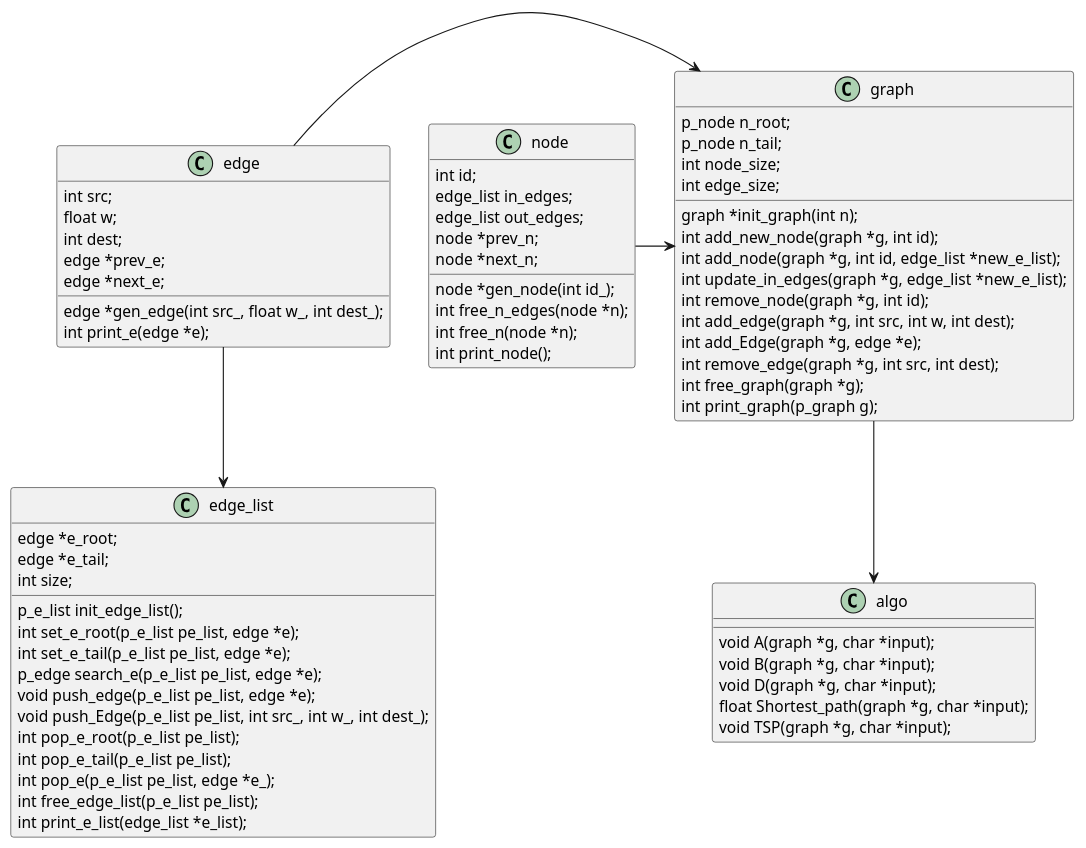
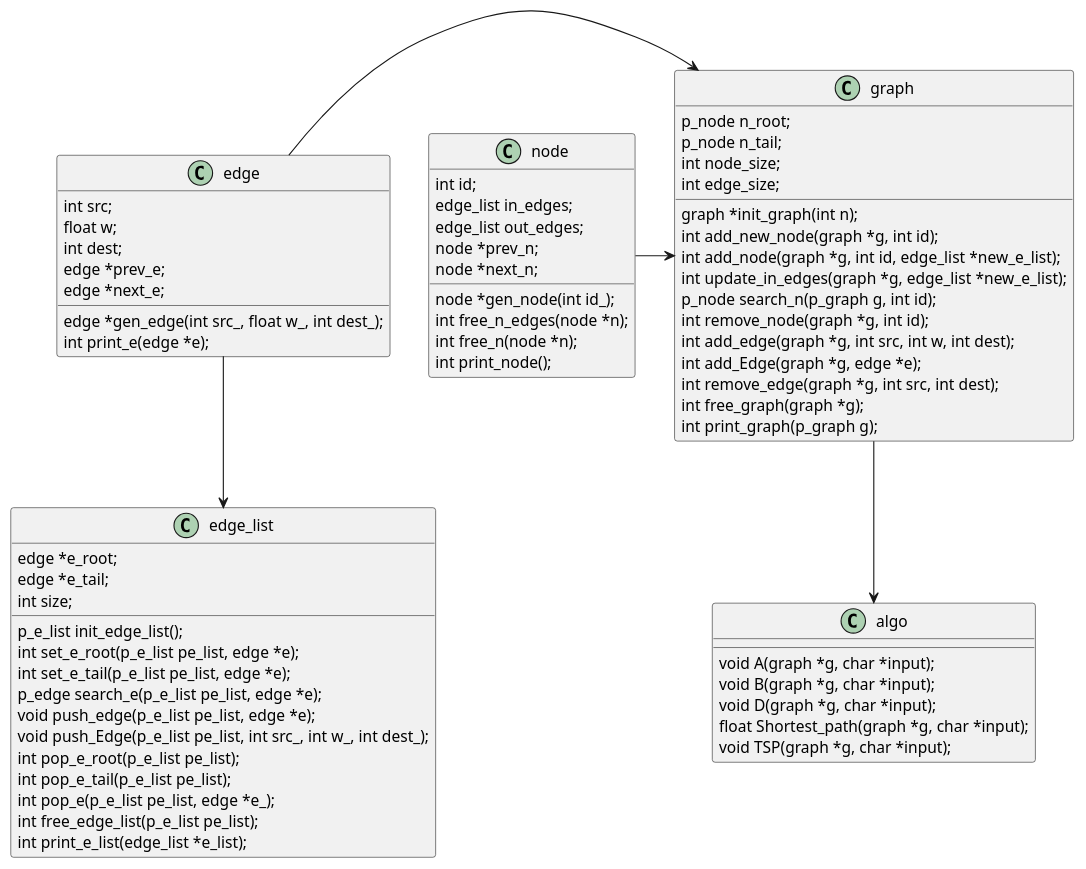
Before and after one commit to RF555/SofSys_Ex4: the diagram in Ex4_UML.puml, drawn with PlantUML. The commit also changed 5 other files, not shown here.

```diff
--- a/Ex4_UML.puml
+++ b/Ex4_UML.puml
@@ -1,92 +1,93 @@
 @startuml
 
 'graph -> edge_list
 'graph -> node_list
 'node_list --> node
 'edge_list --> edge
 'algo --> graph
 
 graph --> algo
 edge -> graph
 edge --> edge_list
 node -> graph
 
 
 class graph{
 p_node n_root;
 p_node n_tail;
 int node_size;
 int edge_size;
 graph *init_graph(int n);
 int add_new_node(graph *g, int id);
 int add_node(graph *g, int id, edge_list *new_e_list);
 int update_in_edges(graph *g, edge_list *new_e_list);
+p_node search_n(p_graph g, int id);
 int remove_node(graph *g, int id);
 int add_edge(graph *g, int src, int w, int dest);
 int add_Edge(graph *g, edge *e);
 int remove_edge(graph *g, int src, int dest);
 int free_graph(graph *g);
 int print_graph(p_graph g);
 }
 
 class edge{
 int src;
 float w;
 int dest;
 edge *prev_e;
 edge *next_e;
 edge *gen_edge(int src_, float w_, int dest_);
 int print_e(edge *e);
 }
 
 class node{
 int id;
 edge_list in_edges;
 edge_list out_edges;
 node *prev_n;
 node *next_n;
 node *gen_node(int id_);
 int free_n_edges(node *n);
 int free_n(node *n);
 int print_node();
 }
 
 class algo{
 void A(graph *g, char *input);
 void B(graph *g, char *input);
 void D(graph *g, char *input);
 float Shortest_path(graph *g, char *input);
 void TSP(graph *g, char *input);
 }
 
 class edge_list{
 edge *e_root;
 edge *e_tail;
 int size;
 p_e_list init_edge_list();
 int set_e_root(p_e_list pe_list, edge *e);
 int set_e_tail(p_e_list pe_list, edge *e);
 p_edge search_e(p_e_list pe_list, edge *e);
 void push_edge(p_e_list pe_list, edge *e);
 void push_Edge(p_e_list pe_list, int src_, int w_, int dest_);
 int pop_e_root(p_e_list pe_list);
 int pop_e_tail(p_e_list pe_list);
 int pop_e(p_e_list pe_list, edge *e_);
 int free_edge_list(p_e_list pe_list);
 int print_e_list(edge_list *e_list);
 }
 
 
 'class ?node_list?{
 'node *n_root;
 'node *n_tail;
 'int size;
 'int init_node_list(node_list *n_list);
 'int set_n_root(node *n);
 'int set_n_tail(node *n);
 'int add_node(node_list *n_list, int id_);
 'int remove_node(node_list *n_list, int id_);
 'int free_node_list(node_list *n_list);
 '}
 
 @enduml
```
